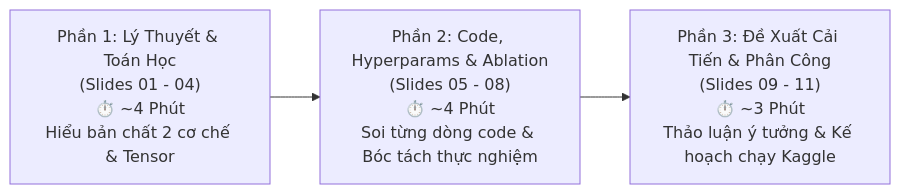
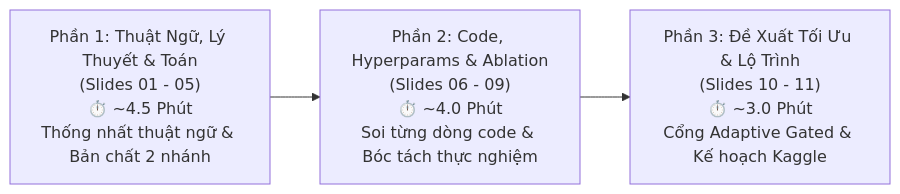
One commit to snowflake-vibing/Project-Experimental-TiDE changed the diagram in tasks-Hieu/presentation/slide/script_thuyet_trinh_tung_slide.md. Above: the diagram before and after it, drawn with Mermaid. The commit also changed other lines of this file, not shown here.

Commit message:
docs: update team presentation script to match new 11 slides layout

````diff
--- a/tasks-Hieu/presentation/slide/script_thuyet_trinh_tung_slide.md
+++ b/tasks-Hieu/presentation/slide/script_thuyet_trinh_tung_slide.md
@@ -15,5 +15,5 @@
 ```mermaid
 flowchart LR
-    P1["Phần 1: Lý Thuyết & Toán Học\n(Slides 01 - 04)\n⏱️ ~4 Phút\nHiểu bản chất 2 cơ chế & Tensor"] --> P2["Phần 2: Code, Hyperparams & Ablation\n(Slides 05 - 08)\n⏱️ ~4 Phút\nSoi từng dòng code & Bóc tách thực nghiệm"]
-    P2 --> P3["Phần 3: Đề Xuất Cải Tiến & Phân Công\n(Slides 09 - 11)\n⏱️ ~3 Phút\nThảo luận ý tưởng & Kế hoạch chạy Kaggle"]
+    P1["Phần 1: Thuật Ngữ, Lý Thuyết & Toán\n(Slides 01 - 05)\n⏱️ ~4.5 Phút\nThống nhất thuật ngữ & Bản chất 2 nhánh"] --> P2["Phần 2: Code, Hyperparams & Ablation\n(Slides 06 - 09)\n⏱️ ~4.0 Phút\nSoi từng dòng code & Bóc tách thực nghiệm"]
+    P2 --> P3["Phần 3: Đề Xuất Tối Ưu & Lộ Trình\n(Slides 10 - 11)\n⏱️ ~3.0 Phút\nCổng Adaptive Gated & Kế hoạch Kaggle"]
 ```
````
